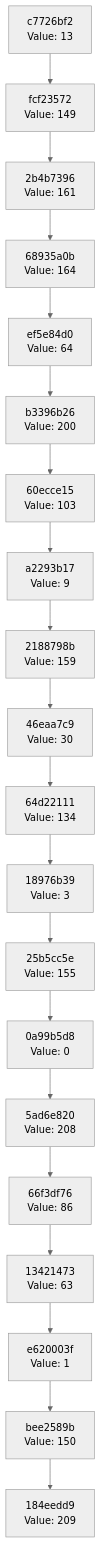
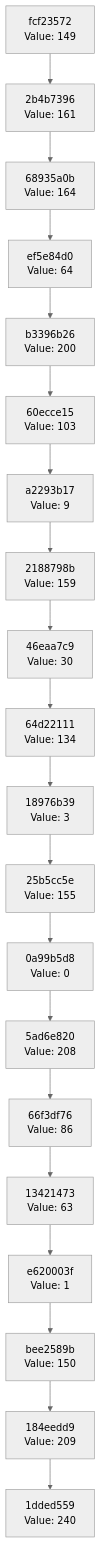
The diagram in docs/CHAIN_VISUALIZATION.md (Abhisheksinha1506/hash-chain-evolver), drawn with Mermaid (neutral theme) before and after one commit. The commit also changed 3 other files, not shown here.

````diff
--- a/docs/CHAIN_VISUALIZATION.md
+++ b/docs/CHAIN_VISUALIZATION.md
@@ -3,42 +3,42 @@
 ```mermaid
 graph TD
-    C0["184eedd9<br/>Value: 209"]
-    C1["bee2589b<br/>Value: 150"]
+    C0["1dded559<br/>Value: 240"]
+    C1["184eedd9<br/>Value: 209"]
     C1 --> C0
-    C2["e620003f<br/>Value: 1"]
+    C2["bee2589b<br/>Value: 150"]
     C2 --> C1
-    C3["13421473<br/>Value: 63"]
+    C3["e620003f<br/>Value: 1"]
     C3 --> C2
-    C4["66f3df76<br/>Value: 86"]
+    C4["13421473<br/>Value: 63"]
     C4 --> C3
-    C5["5ad6e820<br/>Value: 208"]
+    C5["66f3df76<br/>Value: 86"]
     C5 --> C4
-    C6["0a99b5d8<br/>Value: 0"]
+    C6["5ad6e820<br/>Value: 208"]
     C6 --> C5
-    C7["25b5cc5e<br/>Value: 155"]
+    C7["0a99b5d8<br/>Value: 0"]
     C7 --> C6
-    C8["18976b39<br/>Value: 3"]
+    C8["25b5cc5e<br/>Value: 155"]
     C8 --> C7
-    C9["64d22111<br/>Value: 134"]
+    C9["18976b39<br/>Value: 3"]
     C9 --> C8
-    C10["46eaa7c9<br/>Value: 30"]
+    C10["64d22111<br/>Value: 134"]
     C10 --> C9
-    C11["2188798b<br/>Value: 159"]
+    C11["46eaa7c9<br/>Value: 30"]
     C11 --> C10
-    C12["a2293b17<br/>Value: 9"]
+    C12["2188798b<br/>Value: 159"]
     C12 --> C11
-    C13["60ecce15<br/>Value: 103"]
+    C13["a2293b17<br/>Value: 9"]
     C13 --> C12
-    C14["b3396b26<br/>Value: 200"]
+    C14["60ecce15<br/>Value: 103"]
     C14 --> C13
-    C15["ef5e84d0<br/>Value: 64"]
+    C15["b3396b26<br/>Value: 200"]
     C15 --> C14
-    C16["68935a0b<br/>Value: 164"]
+    C16["ef5e84d0<br/>Value: 64"]
     C16 --> C15
-    C17["2b4b7396<br/>Value: 161"]
+    C17["68935a0b<br/>Value: 164"]
     C17 --> C16
-    C18["fcf23572<br/>Value: 149"]
+    C18["2b4b7396<br/>Value: 161"]
     C18 --> C17
-    C19["c7726bf2<br/>Value: 13"]
+    C19["fcf23572<br/>Value: 149"]
     C19 --> C18
 ```
````
